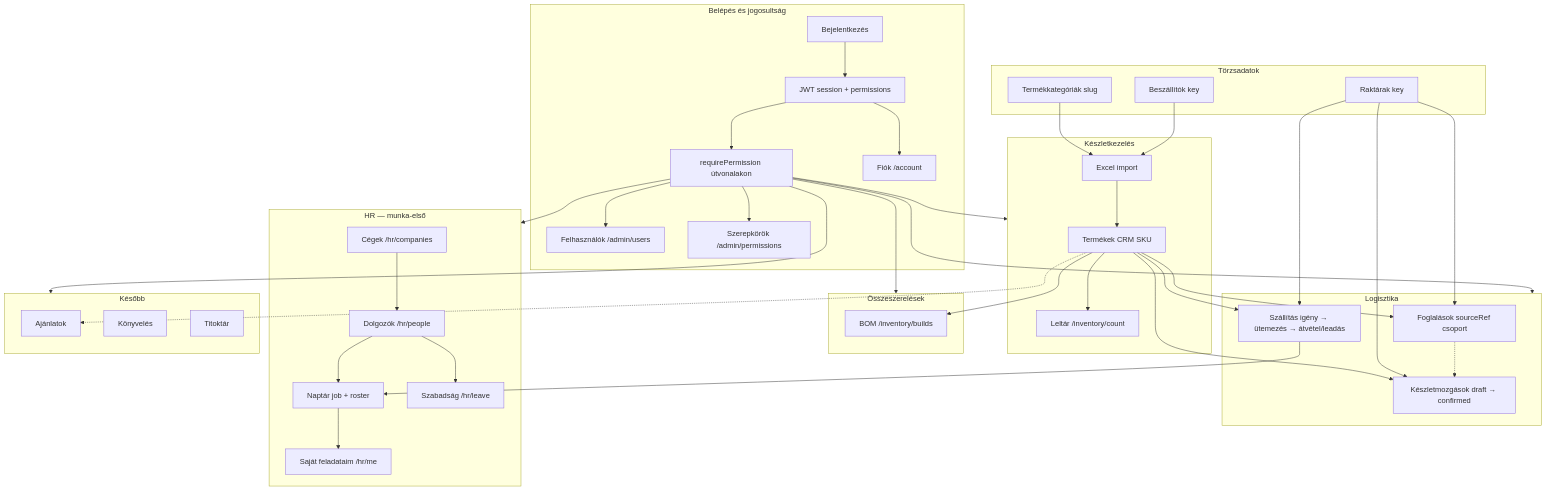
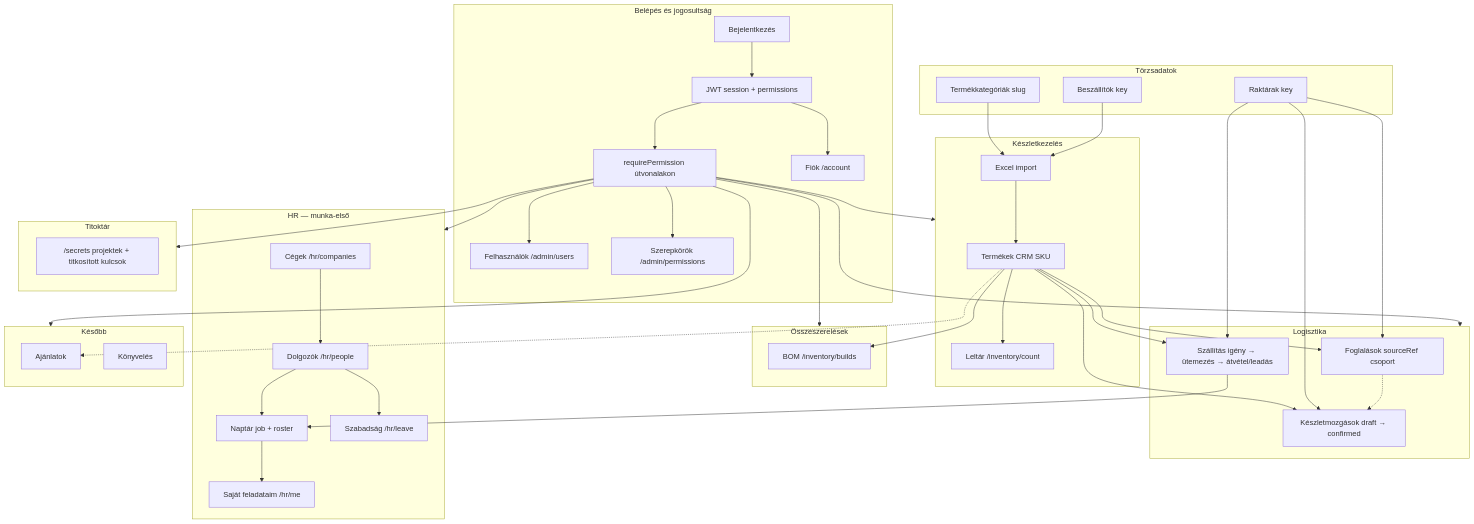
One commit to Tomkoooo/tCrm changed the first of 13 diagrams in docs/inventory_and_logistics_flows.md. Above: the diagram before and after it, drawn with Mermaid. The commit also changed other lines of this file and 25 other files, not shown here.

First line of the commit message:
feat(secrets): check in pending Titoktár work from the working tree

````diff
--- a/docs/inventory_and_logistics_flows.md
+++ b/docs/inventory_and_logistics_flows.md
@@ -7,73 +7,77 @@
 ```mermaid
 flowchart TB
   subgraph auth [Belépés és jogosultság]
     login[Bejelentkezés] --> session[JWT session + permissions]
     session --> rbac[requirePermission útvonalakon]
     account[Fiók /account]
     usersAdmin[Felhasználók /admin/users]
     rolesAdmin[Szerepkörök /admin/permissions]
     session --> account
     rbac --> usersAdmin
     rbac --> rolesAdmin
   end
 
   subgraph master [Törzsadatok]
     cat[Termékkategóriák slug]
     sup[Beszállítók key]
     wh[Raktárak key]
   end
 
   subgraph inv [Készletkezelés]
     products[Termékek CRM SKU]
     import[Excel import]
     count[Leltár /inventory/count]
     import --> products
     cat --> import
     sup --> import
     products --> count
   end
 
   subgraph log [Logisztika]
     mov[Készletmozgások draft → confirmed]
     res[Foglalások sourceRef csoport]
     jobs[Szállítás igény → ütemezés → átvétel/leadás]
     products --> mov
     products --> res
     products --> jobs
     wh --> mov
     wh --> res
     wh --> jobs
   end
 
   subgraph builds [Összeszerelések]
     bom[BOM /inventory/builds]
     products --> bom
   end
 
   subgraph hr [HR — munka-első]
     companiesHR[Cégek /hr/companies]
     empHR[Dolgozók /hr/people]
     schedHR[Naptár job + roster]
     leaveHR[Szabadság /hr/leave]
     meHR[Saját feladataim /hr/me]
     companiesHR --> empHR
     empHR --> schedHR
     empHR --> leaveHR
     jobs --> schedHR
     schedHR --> meHR
   end
 
+  subgraph secrets [Titoktár]
+    vault["/secrets projektek + titkosított kulcsok"]
+  end
+
   subgraph future [Később]
     offers[Ajánlatok]
     books[Könyvelés]
-    secrets[Titoktár]
   end
 
   rbac --> inv
   rbac --> log
   rbac --> builds
   rbac --> hr
+  rbac --> secrets
   rbac --> future
   products -.-> offers
   res -.-> mov
 ```
````
